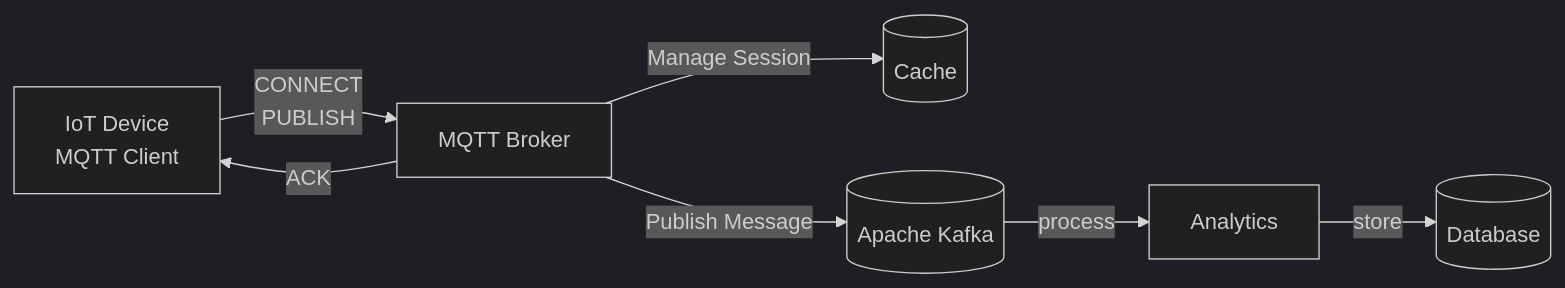
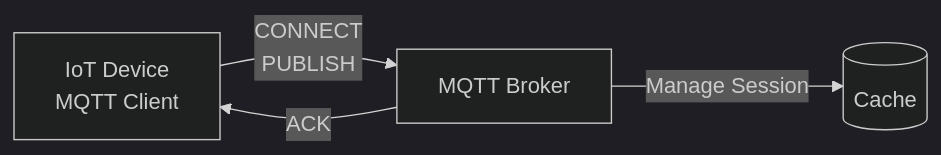
The first of 4 diagrams in java/mqtt-broker/README.md (gsbadhan/mqtt-platform), drawn with Mermaid (dark theme) before and after one commit. The commit also changed 1 other file, not shown here.

````diff
--- a/java/mqtt-broker/README.md
+++ b/java/mqtt-broker/README.md
@@ -5,20 +5,11 @@
 ```mermaid
 flowchart LR
     D[IoT Device<br/>MQTT Client]
     B[MQTT Broker]
     C[(Cache)]
-    K[(Apache Kafka)]
-    AL[Analytics]
-    DB[(Database)]
-
+    
     D -->|CONNECT <br/> PUBLISH| B
     B -->|ACK| D
     
     B -->|Manage Session| C
-    
-    B -->|Publish Message| K
-
-    K -->|process| AL
-
-    AL -->|store| DB
 ```
````
